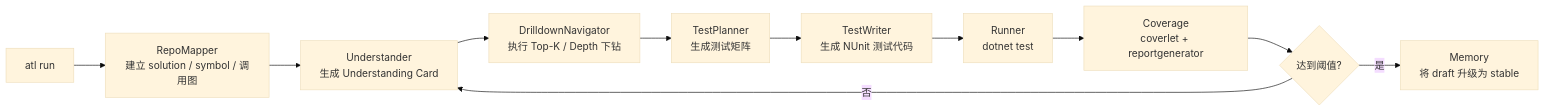
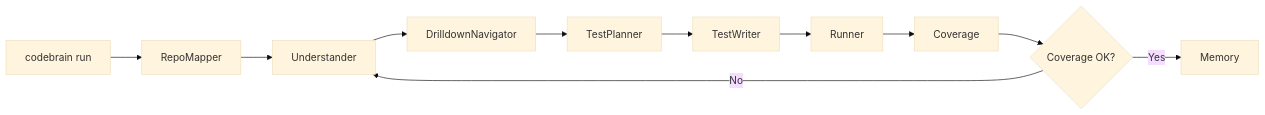
The fifth of 5 diagrams in ARCHITECTURE.md (Gavinluo/Oscar), drawn with Mermaid (base theme) before and after one commit. The commit also changed other lines of this file and 90 other files, not shown here.

````diff
--- a/ARCHITECTURE.md
+++ b/ARCHITECTURE.md
@@ -63,13 +117,13 @@
 ```mermaid
 flowchart LR
-    A["atl run"] --> B["RepoMapper\n建立 solution / symbol / 调用图"]
-    B --> C["Understander\n生成 Understanding Card"]
-    C --> D["DrilldownNavigator\n执行 Top-K / Depth 下钻"]
-    D --> E["TestPlanner\n生成测试矩阵"]
-    E --> F["TestWriter\n生成 NUnit 测试代码"]
-    F --> G["Runner\ndotnet test"]
-    G --> H["Coverage\ncoverlet + reportgenerator"]
-    H --> I{"达到阈值?"}
-    I -- "否" --> C
-    I -- "是" --> J["Memory\n将 draft 升级为 stable"]
+    A["codebrain run"] --> B["RepoMapper"]
+    B --> C["Understander"]
+    C --> D["DrilldownNavigator"]
+    D --> E["TestPlanner"]
+    E --> F["TestWriter"]
+    F --> G["Runner"]
+    G --> H["Coverage"]
+    H --> I{"Coverage OK?"}
+    I -- "No" --> C
+    I -- "Yes" --> J["Memory"]
 ```
````
